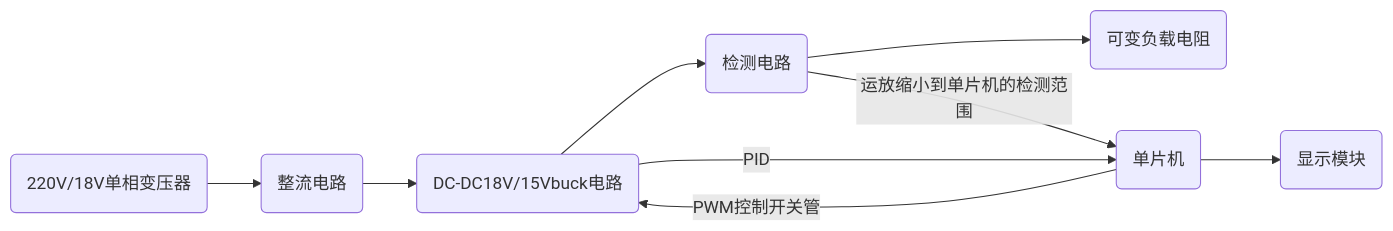
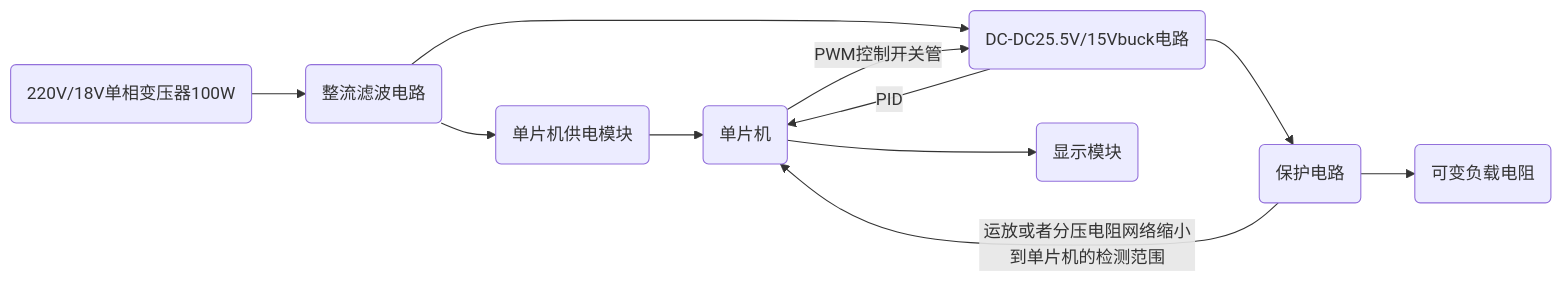
One commit to silence-breaker/Electronic-Design-Program changed the diagram in Schedule.md. Above: the diagram before and after it, drawn with Mermaid. The commit also changed other lines of this file, not shown here.

````diff
--- a/Schedule.md
+++ b/Schedule.md
@@ -31,15 +31,17 @@
 ```mermaid
 flowchart LR
-id1(220V/18V单相变压器)
-id2(整流电路)
-id3(DC-DC18V/15Vbuck电路)
+id1(220V/18V单相变压器100W)
+id2(整流滤波电路)
+id3(DC-DC25.5V/15Vbuck电路)
 id4(单片机)
 id5(可变负载电阻)
 id6(显示模块)
-id7(检测电路)
+id7(保护电路)
+id8(单片机供电模块)
+id2-->id8-->id4
 id1-->id2-->id3
 id4--PWM控制开关管-->id3-->id7-->id5
-id7--运放缩小到单片机的检测范围-->id4
+id7--运放或者分压电阻网络缩小到单片机的检测范围-->id4
 id4-->id6
 id3--PID-->id4
 ```
````
